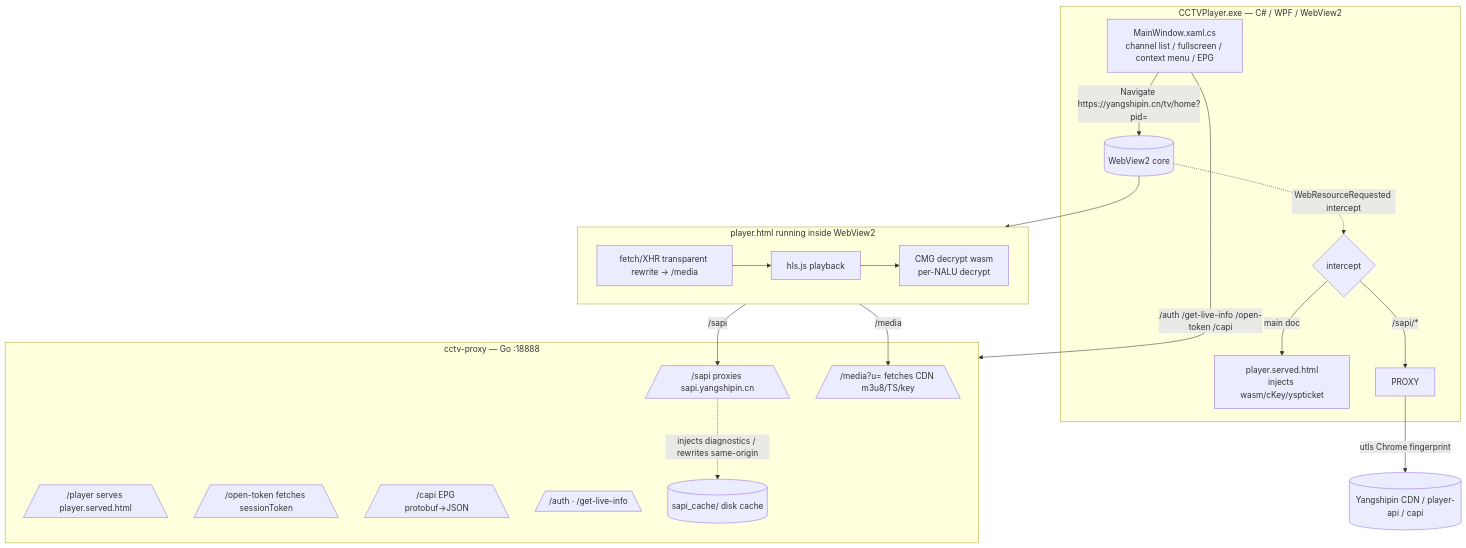
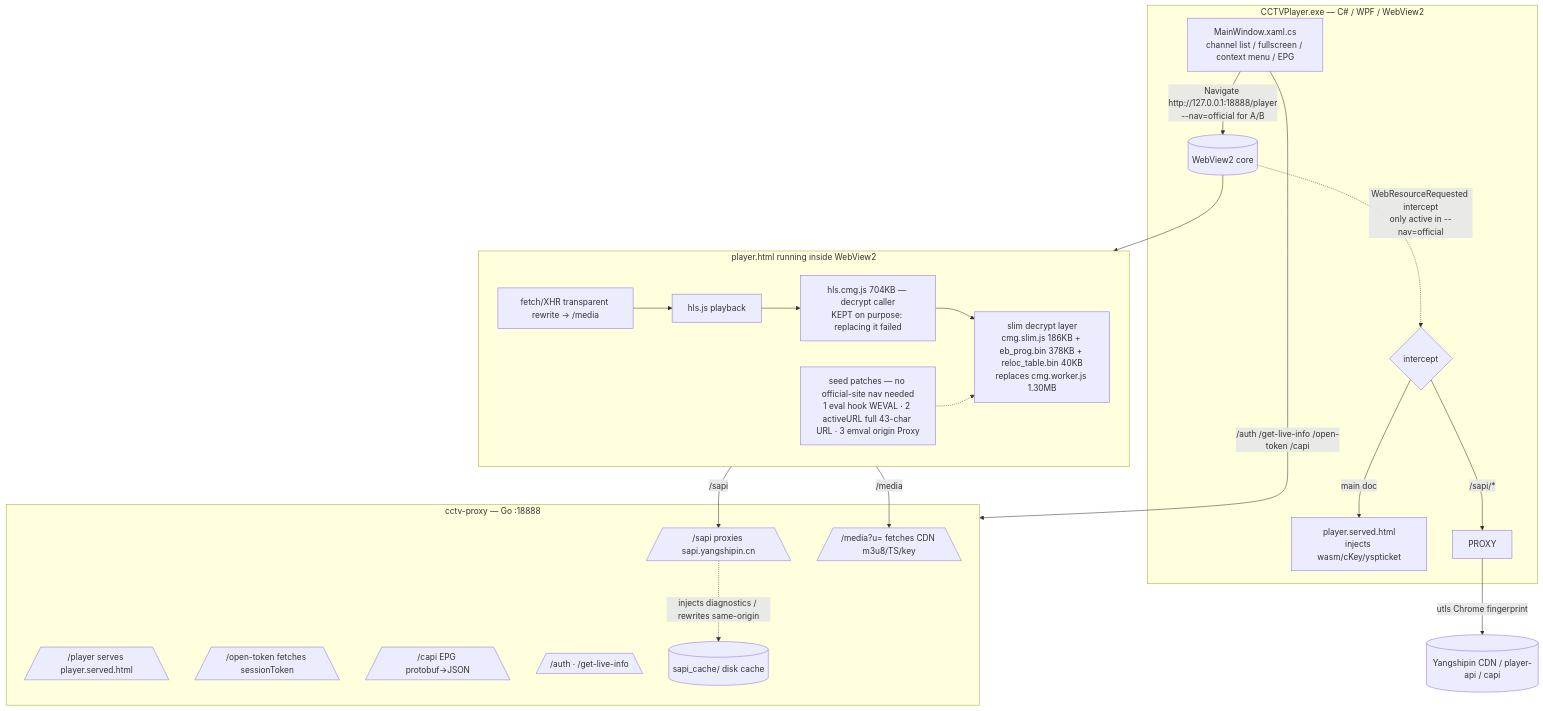
One commit to RickyOnes/CCTVPlayer changed the diagram in README.en.md. Above: the diagram before and after it, drawn with Mermaid. The commit also changed other lines of this file and 129 other files, not shown here.

````diff
--- a/README.en.md
+++ b/README.en.md
@@ -31,35 +36,38 @@
 ```mermaid
 flowchart TB
     subgraph CSharp[CCTVPlayer.exe — C# / WPF / WebView2]
         UI[MainWindow.xaml.cs<br/>channel list / fullscreen / context menu / EPG]
         WV[(WebView2 core)]
-        UI -->|Navigate https://yangshipin.cn/tv/home?pid=| WV
-        WV -. WebResourceRequested intercept .-> INT{intercept}
+        UI -->|Navigate http://127.0.0.1:18888/player<br/>--nav=official for A/B| WV
+        WV -. WebResourceRequested intercept<br/>only active in --nav=official .-> INT{intercept}
         INT -->|main doc| LOCAL[player.served.html<br/>injects wasm/cKey/yspticket]
         INT -->|/sapi/*| PROXY
     end
 
     subgraph Go[cctv-proxy — Go :18888]
         P1[/ /sapi proxies sapi.yangshipin.cn\]
         P2[/ /media?u= fetches CDN m3u8/TS/key\]
         P3[/ /player serves player.served.html\]
         P4[/ /open-token fetches sessionToken\]
         P5[/ /capi EPG protobuf→JSON\]
         P6[/ /auth · /get-live-info\]
         CACHE[(sapi_cache/ disk cache)]
         P1 -. injects diagnostics / rewrites same-origin .-> CACHE
     end
 
     subgraph Web[player.html running inside WebView2]
         NET[fetch/XHR transparent rewrite → /media]
-        CMG[CMG decrypt wasm<br/>per-NALU decrypt]
         HLS[hls.js playback]
-        NET --> HLS --> CMG
+        CMG[hls.cmg.js 704KB — decrypt caller<br/>KEPT on purpose: replacing it failed]
+        SLIM[slim decrypt layer<br/>cmg.slim.js 186KB + eb_prog.bin 378KB + reloc_table.bin 40KB<br/>replaces cmg.worker.js 1.30MB]
+        SEED[seed patches — no official-site nav needed<br/>1 eval hook WEVAL · 2 activeURL full 43-char URL · 3 emval origin Proxy]
+        NET --> HLS --> CMG --> SLIM
+        SEED -.-> SLIM
     end
 
     WV --> Web
     PROXY -->|utls Chrome fingerprint| CDN[(Yangshipin CDN / player-api / capi)]
     Web -->|/media| P2
     Web -->|/sapi| P1
     UI -->|/auth /get-live-info /open-token /capi| Go
 ```
````
